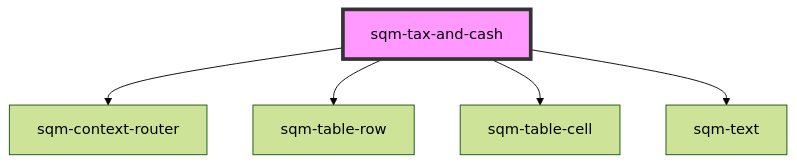
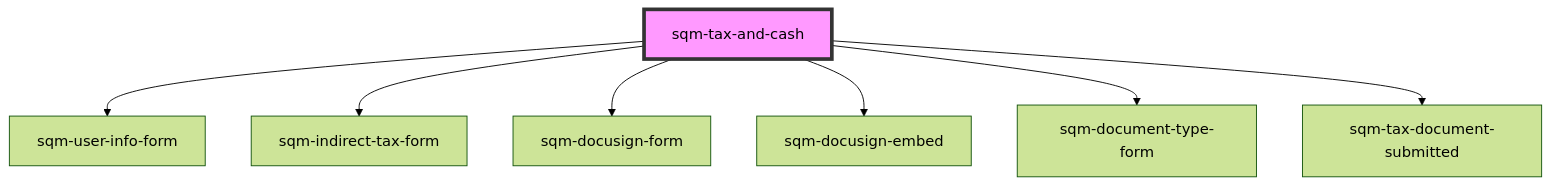
The diagram in packages/mint-components/src/components/tax-and-cash/sqm-tax-and-cash/readme.md (saasquatch/program-tools), drawn with Mermaid (forest theme) before and after one commit. The commit also changed other lines of this file and 21 other files, not shown here.

````diff
--- a/packages/mint-components/src/components/tax-and-cash/sqm-tax-and-cash/readme.md
+++ b/packages/mint-components/src/components/tax-and-cash/sqm-tax-and-cash/readme.md
@@ -25,8 +126,10 @@
 ```mermaid
 graph TD;
-  sqm-tax-and-cash --> sqm-context-router
-  sqm-tax-and-cash --> sqm-table-row
-  sqm-tax-and-cash --> sqm-table-cell
-  sqm-tax-and-cash --> sqm-text
+  sqm-tax-and-cash --> sqm-user-info-form
+  sqm-tax-and-cash --> sqm-indirect-tax-form
+  sqm-tax-and-cash --> sqm-docusign-form
+  sqm-tax-and-cash --> sqm-docusign-embed
+  sqm-tax-and-cash --> sqm-document-type-form
+  sqm-tax-and-cash --> sqm-tax-document-submitted
   style sqm-tax-and-cash fill:#f9f,stroke:#333,stroke-width:4px
 ```
````
